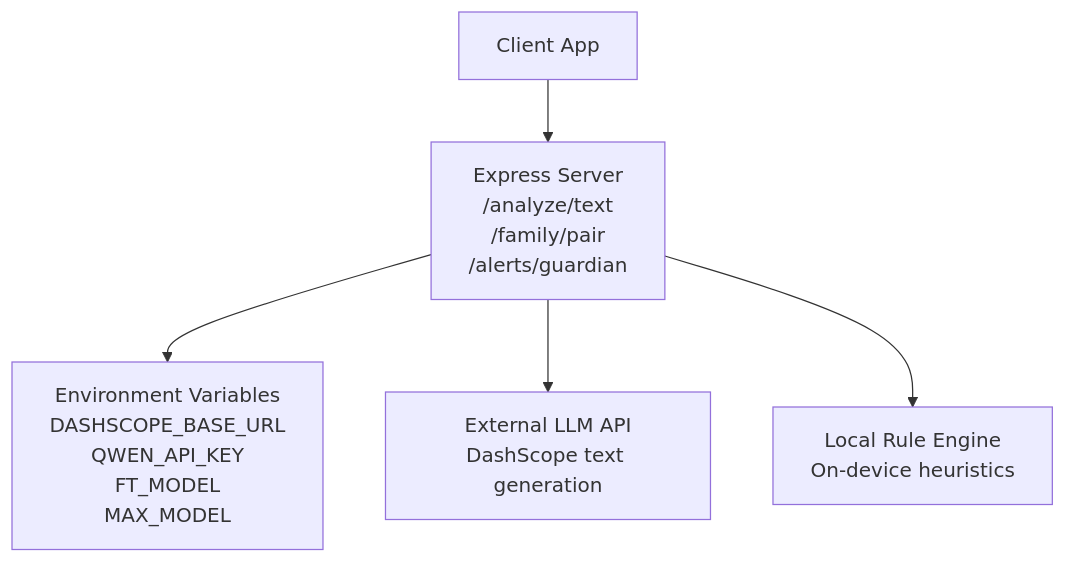
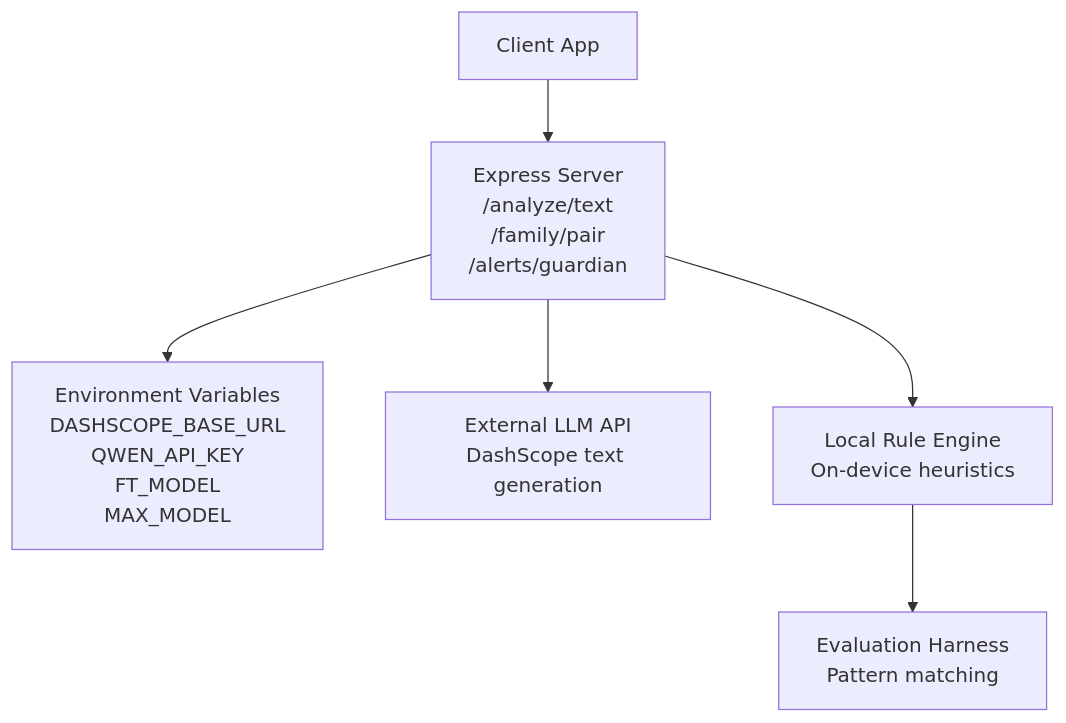
Before and after one commit to cyberNoman/Safe-Pakistan: the first of 6 diagrams in .qoder/repowiki/en/content/API Reference/API Reference.md, drawn with Mermaid. The commit also changed other lines of this file and 52 other files, not shown here.

````diff
--- a/.qoder/repowiki/en/content/API Reference/API Reference.md
+++ b/.qoder/repowiki/en/content/API Reference/API Reference.md
@@ -33,7 +44,8 @@
 ```mermaid
 graph TB
 Client["Client App"] --> API["Express Server<br/>/analyze/text<br/>/family/pair<br/>/alerts/guardian"]
 API --> Env["Environment Variables<br/>DASHSCOPE_BASE_URL<br/>QWEN_API_KEY<br/>FT_MODEL<br/>MAX_MODEL"]
 API --> LLM["External LLM API<br/>DashScope text generation"]
 API --> Rules["Local Rule Engine<br/>On-device heuristics"]
+Rules --> Eval["Evaluation Harness<br/>Pattern matching"]
 ```
````
